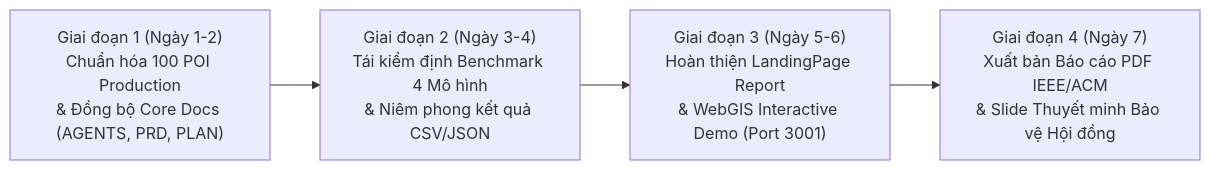
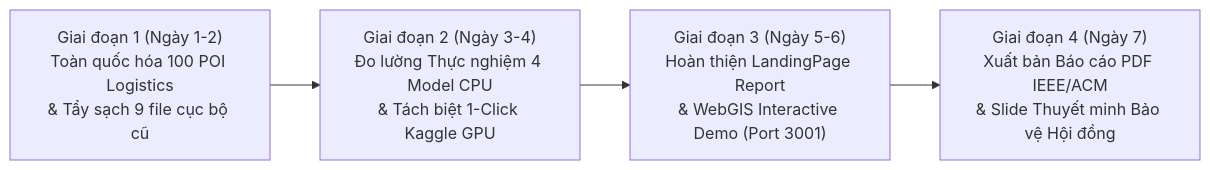
One commit to philipsgn/HotWAY changed the second of 2 diagrams in PLAN.md. Above: the diagram before and after it, drawn with Mermaid. The commit also changed other lines of this file and 30 other files, not shown here.

Commit message:
feat(nationwide-benchmark): upgrade to nationwide 3-region logistics benchmark (Hanoi 40, Da Nang 20, HCMC 40), purge 9 legacy files, sync core docs v7.3.0, and re-run multi-model evaluation

````diff
--- a/PLAN.md
+++ b/PLAN.md
@@ -107,6 +99,6 @@
 ```mermaid
 flowchart LR
-    P1["Giai đoạn 1 (Ngày 1-2)\nChuẩn hóa 100 POI Production\n& Đồng bộ Core Docs (AGENTS, PRD, PLAN)"] --> P2["Giai đoạn 2 (Ngày 3-4)\nTái kiểm định Benchmark 4 Mô hình\n& Niêm phong kết quả CSV/JSON"]
+    P1["Giai đoạn 1 (Ngày 1-2)\nToàn quốc hóa 100 POI Logistics\n& Tẩy sạch 9 file cục bộ cũ"] --> P2["Giai đoạn 2 (Ngày 3-4)\nĐo lường Thực nghiệm 4 Model CPU\n& Tách biệt 1-Click Kaggle GPU"]
     P2 --> P3["Giai đoạn 3 (Ngày 5-6)\nHoàn thiện LandingPage Report\n& WebGIS Interactive Demo (Port 3001)"]
     P3 --> P4["Giai đoạn 4 (Ngày 7)\nXuất bản Báo cáo PDF IEEE/ACM\n& Slide Thuyết minh Bảo vệ Hội đồng"]
 ```
````
